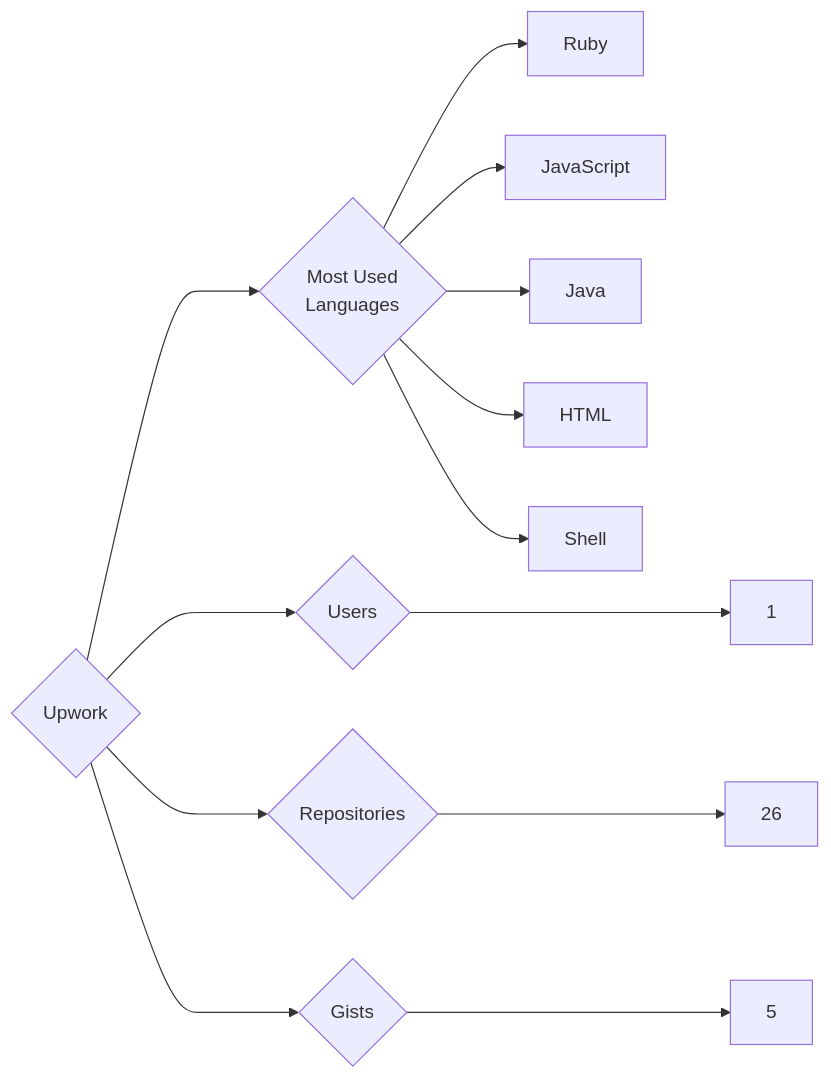
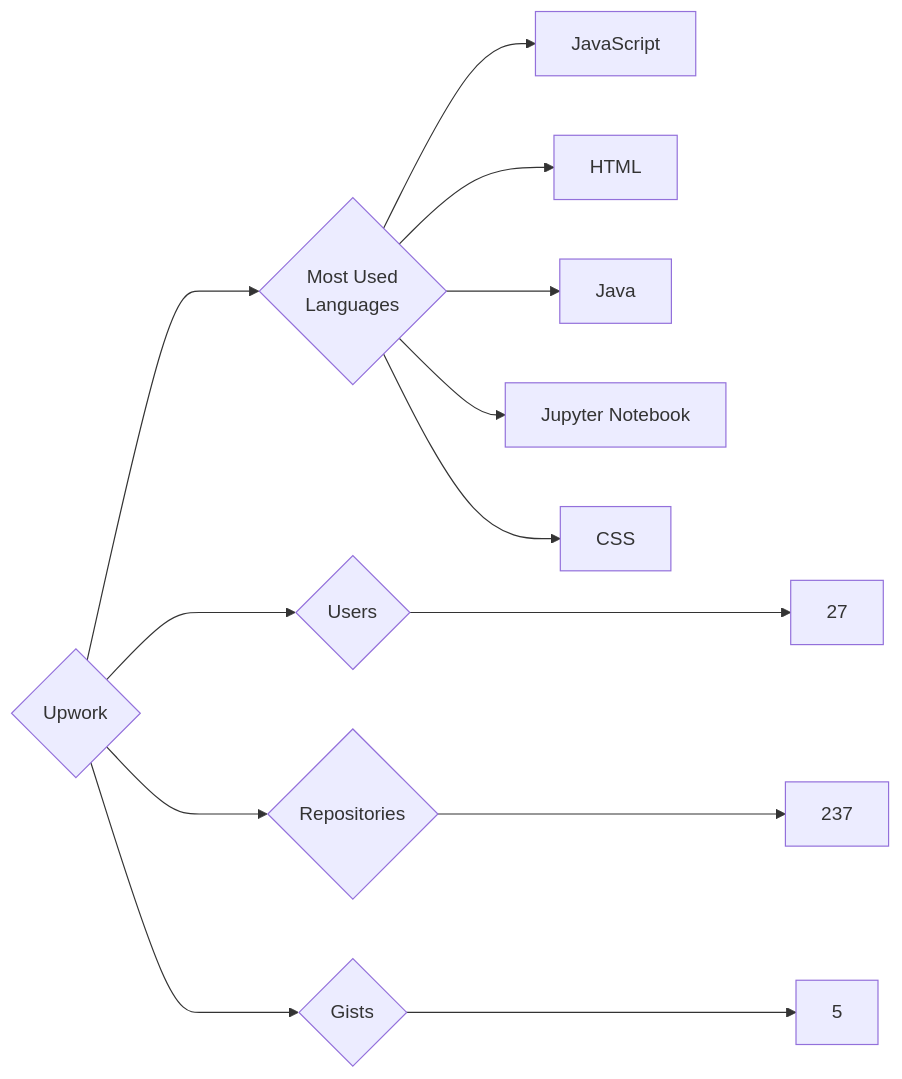
Before and after one commit to trickest/insiders: the diagram in targets/Upwork/README.md, drawn with Mermaid. The commit also changed 725 other files, not shown here.

````diff
--- a/targets/Upwork/README.md
+++ b/targets/Upwork/README.md
@@ -3,13 +3,13 @@
 ```mermaid
 graph LR
 COMPANY_NAME{Upwork}
-COMPANY_NAME ---> U{Users} ---> UN[1]
-COMPANY_NAME ---> R{Repositories} ---> RN[26]
+COMPANY_NAME ---> U{Users} ---> UN[27]
+COMPANY_NAME ---> R{Repositories} ---> RN[237]
 COMPANY_NAME ---> G{Gists} ---> GN[5]
 COMPANY_NAME ---> ML{Most Used<br>Languages}
-ML --> Ruby[Ruby]
 ML --> JavaScript[JavaScript]
+ML --> HTML[HTML]
 ML --> Java[Java]
-ML --> HTML[HTML]
-ML --> Shell[Shell]
+ML --> Jupyter_Notebook[Jupyter Notebook]
+ML --> CSS[CSS]
 ```
````
